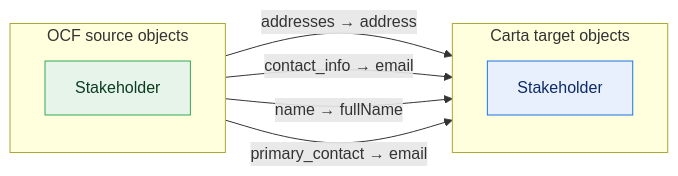
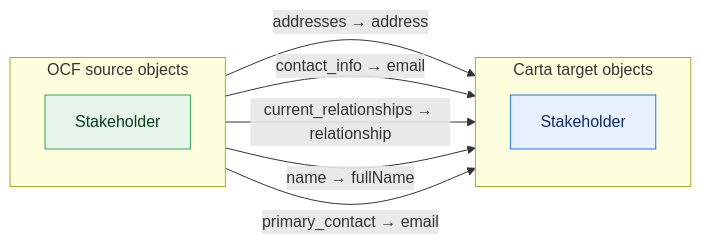
One commit to Open-Cap-Table-Coalition/OCF-Composed-Schemas changed the first of 25 diagrams in core-rich/core-upstream.md. Above: the diagram before and after it, drawn with Mermaid. The commit also changed other lines of this file and 140 other files, not shown here.

````diff
--- a/core-rich/core-upstream.md
+++ b/core-rich/core-upstream.md
@@ -18,19 +18,20 @@
 ```mermaid
 flowchart LR
   classDef adm fill:#e6f4ea,stroke:#34a853,color:#0b3d20;
   classDef notadm fill:#f1f3f4,stroke:#9aa0a6,color:#5f6368,stroke-dasharray:4 3;
   classDef carta fill:#e8f0fe,stroke:#1a73e8,color:#0d2b66;
   classDef sink fill:#fce8e6,stroke:#d93025,color:#5c0d06;
   subgraph SRC["OCF source objects"]
     direction TB
     o0["Stakeholder"]:::adm
   end
   subgraph TGT["Carta target objects"]
     direction TB
     t0["Stakeholder"]:::carta
   end
   o0 -->|"addresses → address"| t0
   o0 -->|"contact_info → email"| t0
+  o0 -->|"current_relationships → relationship"| t0
   o0 -->|"name → fullName"| t0
   o0 -->|"primary_contact → email"| t0
 ```
````
